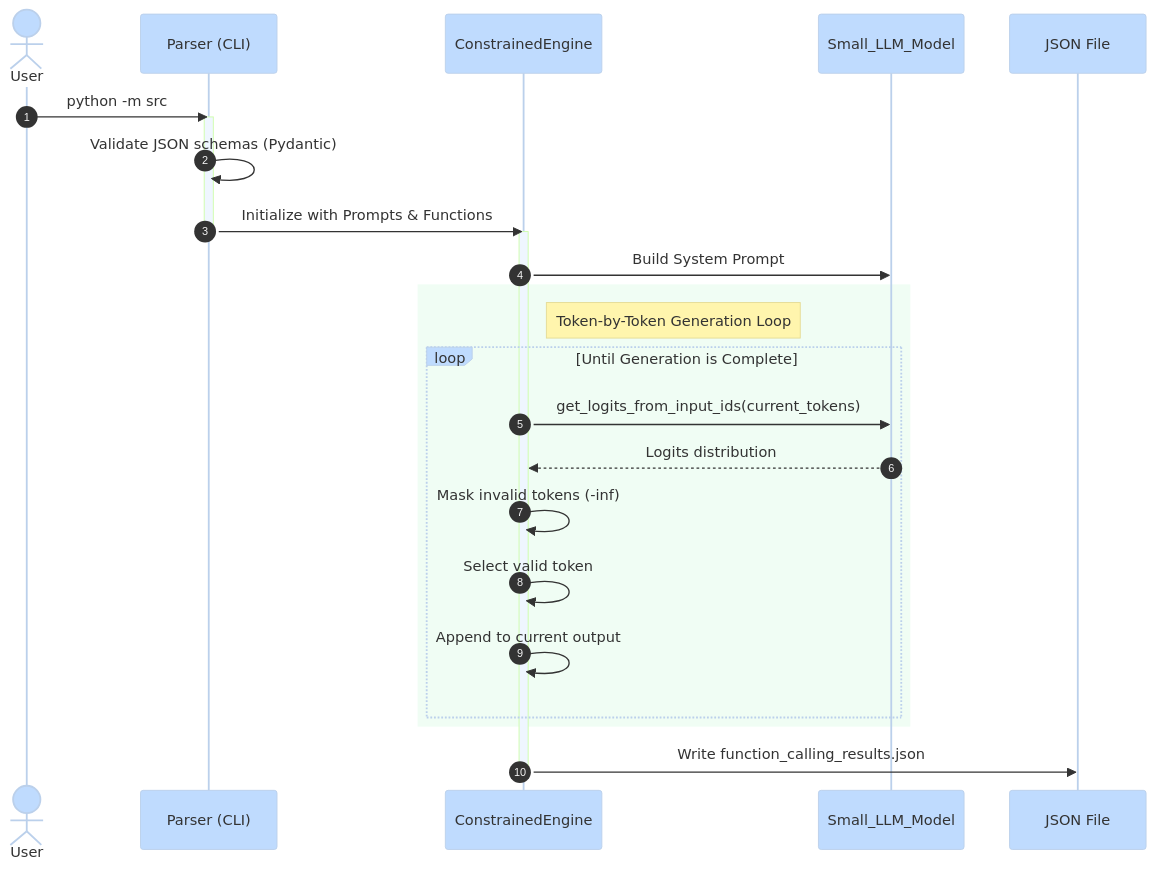
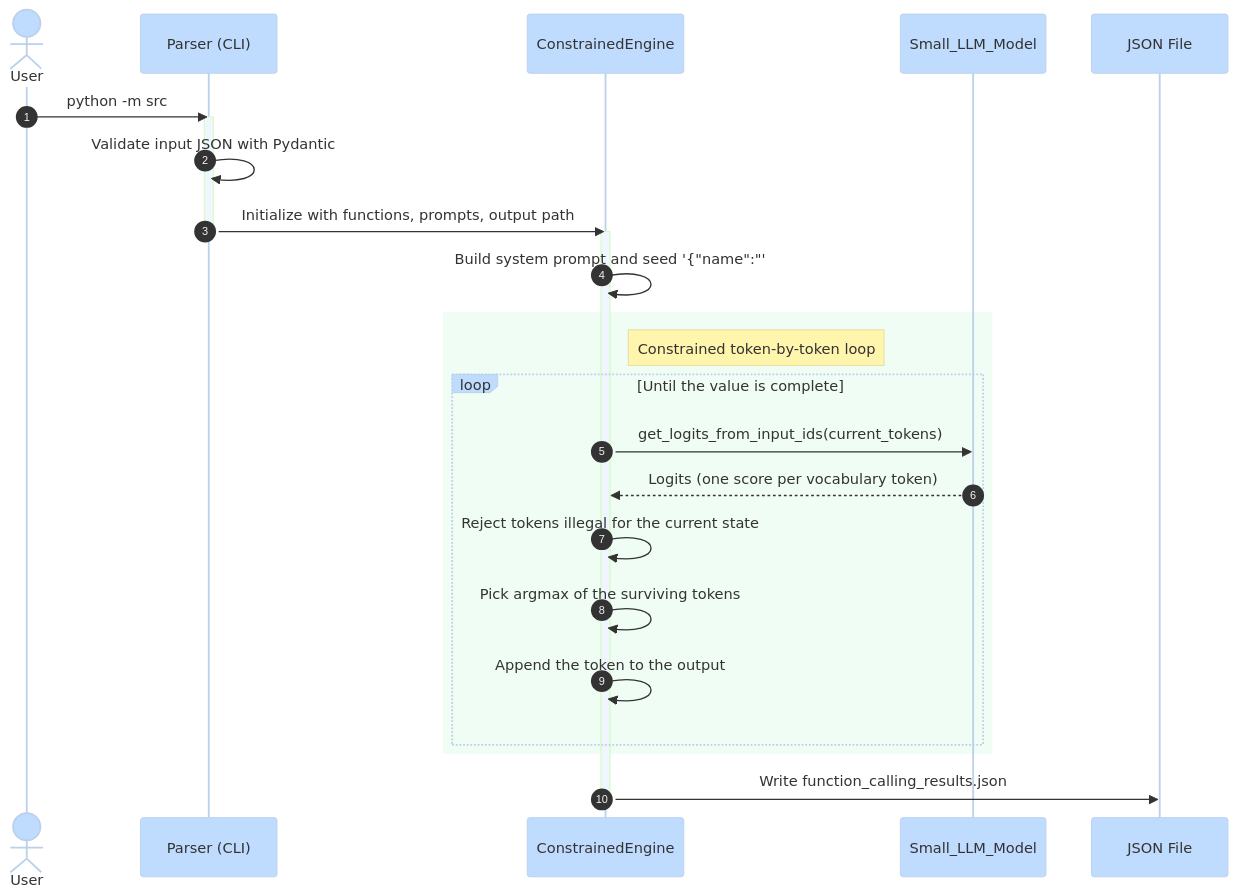
One commit to agalvan-dc/Call-Me-Maybe changed the first of 2 diagrams in README.md. Above: the diagram before and after it, drawn with Mermaid. The commit also changed other lines of this file and 3 other files, not shown here.

````diff
--- a/README.md
+++ b/README.md
@@ -73,33 +181,33 @@
 ```mermaid
 %%{init: {'theme': 'base', 'themeVariables': { 'primaryColor': '#dbeafe', 'edgeColor': '#3b82f6', 'actorBkg': '#bfdbfe', 'activationBkgColor': '#eff6ff'}}}%%
 sequenceDiagram
     autonumber
     actor User as User
     participant CLI as Parser (CLI)
     participant Engine as ConstrainedEngine
     participant SDK as Small_LLM_Model
     participant Output as JSON File
 
     User->>CLI: python -m src
     activate CLI
-    CLI->>CLI: Validate JSON schemas (Pydantic)
-    CLI->>Engine: Initialize with Prompts & Functions
+    CLI->>CLI: Validate input JSON with Pydantic
+    CLI->>Engine: Initialize with functions, prompts, output path
     deactivate CLI
 
     activate Engine
-    Engine->>SDK: Build System Prompt
+    Engine->>Engine: Build system prompt and seed '{"name":"'
 
     rect rgb(240, 253, 244)
-        note right of Engine: Token-by-Token Generation Loop
-        loop Until Generation is Complete
+        note right of Engine: Constrained token-by-token loop
+        loop Until the value is complete
             Engine->>SDK: get_logits_from_input_ids(current_tokens)
-            SDK-->>Engine: Logits distribution
-            Engine->>Engine: Mask invalid tokens (-inf)
-            Engine->>Engine: Select valid token
-            Engine->>Engine: Append to current output
+            SDK-->>Engine: Logits (one score per vocabulary token)
+            Engine->>Engine: Reject tokens illegal for the current state
+            Engine->>Engine: Pick argmax of the surviving tokens
+            Engine->>Engine: Append the token to the output
         end
     end
 
     Engine->>Output: Write function_calling_results.json
     deactivate Engine
 ```
````
